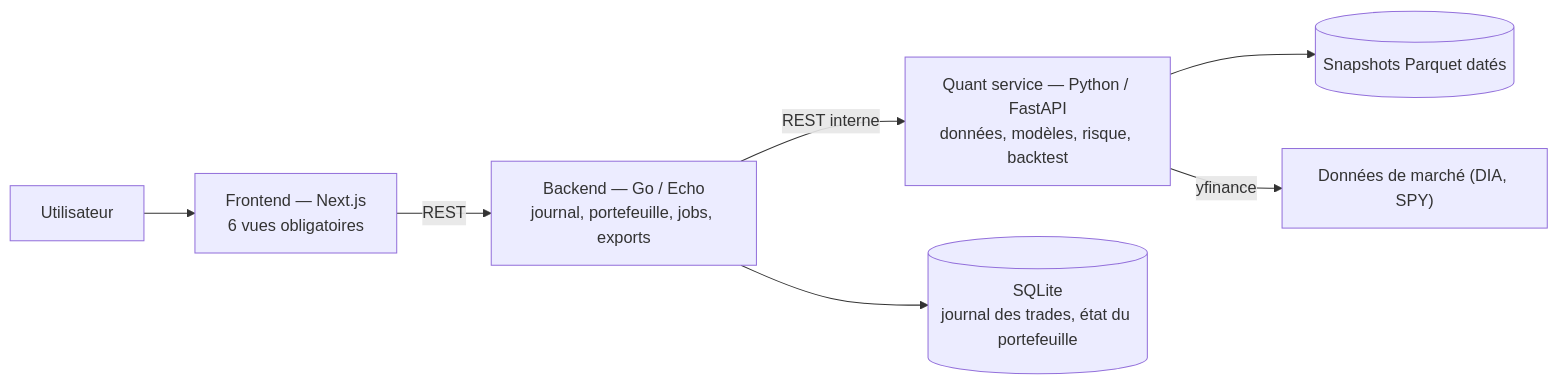
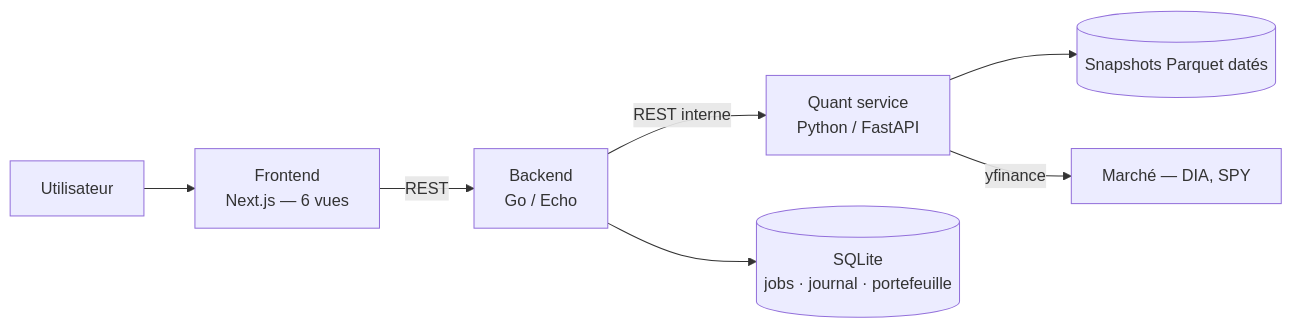
The first of 2 diagrams in README.md (Zakaria12e/dia-quant-lab), drawn with Mermaid before and after one commit. The commit also changed other lines of this file, not shown here.

````diff
--- a/README.md
+++ b/README.md
@@ -82,9 +103,9 @@
 ```mermaid
 flowchart LR
-    U["Utilisateur"] --> F["Frontend — Next.js<br/>6 vues obligatoires"]
-    F -->|REST| B["Backend — Go / Echo<br/>journal, portefeuille, jobs, exports"]
-    B -->|REST interne| Q["Quant service — Python / FastAPI<br/>données, modèles, risque, backtest"]
-    B --> DB[("SQLite<br/>journal des trades, état du portefeuille")]
+    U["Utilisateur"] --> F["Frontend<br/>Next.js — 6 vues"]
+    F -->|REST| B["Backend<br/>Go / Echo"]
+    B -->|REST interne| Q["Quant service<br/>Python / FastAPI"]
+    B --> DB[("SQLite<br/>jobs · journal · portefeuille")]
     Q --> S[("Snapshots Parquet datés")]
-    Q -->|yfinance| M["Données de marché (DIA, SPY)"]
+    Q -->|yfinance| M["Marché — DIA, SPY"]
 ```
````
